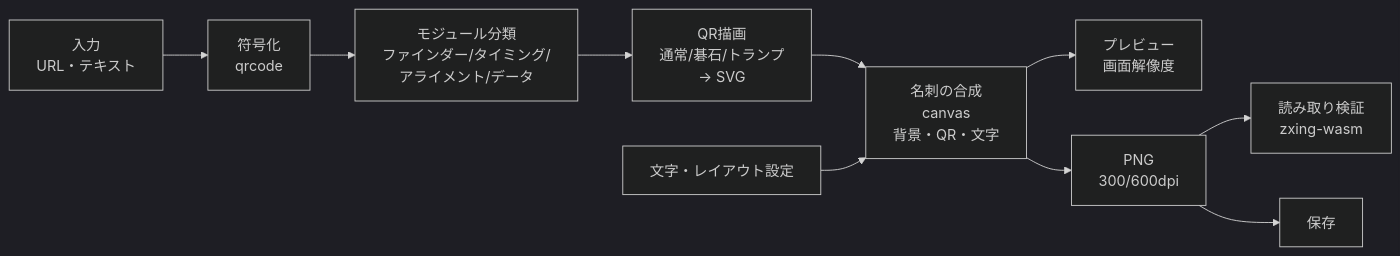
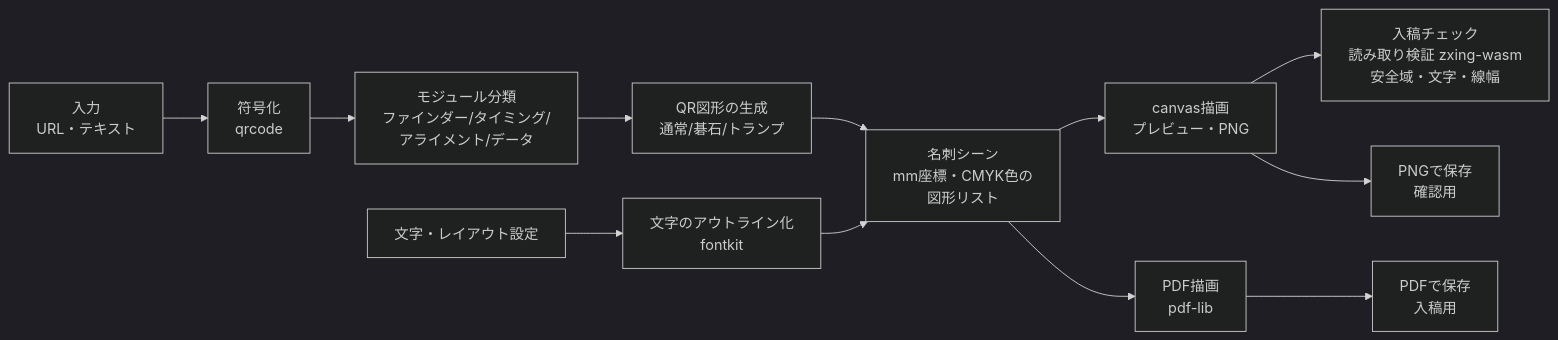
Before and after one commit to kaznaritanaka-ctrl/QRcode-Converter: the diagram in docs/DESIGN.md, drawn with Mermaid (dark theme). The commit also changed other lines of this file and 1 other file, not shown here.

````diff
--- a/docs/DESIGN.md
+++ b/docs/DESIGN.md
@@ -79,12 +133,14 @@
 ```mermaid
 flowchart LR
   A[入力<br/>URL・テキスト] --> B[符号化<br/>qrcode]
   B --> C[モジュール分類<br/>ファインダー/タイミング/<br/>アライメント/データ]
-  C --> D[QR描画<br/>通常/碁石/トランプ<br/>→ SVG]
-  D --> E[名刺の合成<br/>canvas<br/>背景・QR・文字]
-  T[文字・レイアウト設定] --> E
-  E --> F[プレビュー<br/>画面解像度]
-  E --> G[PNG<br/>300/600dpi]
-  G --> H[読み取り検証<br/>zxing-wasm]
-  G --> I[保存]
+  C --> D[QR図形の生成<br/>通常/碁石/トランプ]
+  T[文字・レイアウト設定] --> O[文字のアウトライン化<br/>fontkit]
+  D --> S[名刺シーン<br/>mm座標・CMYK色の<br/>図形リスト]
+  O --> S
+  S --> P1[canvas描画<br/>プレビュー・PNG]
+  S --> P2[PDF描画<br/>pdf-lib]
+  P1 --> V[入稿チェック<br/>読み取り検証 zxing-wasm<br/>安全域・文字・線幅]
+  P2 --> E1[PDFで保存<br/>入稿用]
+  P1 --> E2[PNGで保存<br/>確認用]
 ```
````
